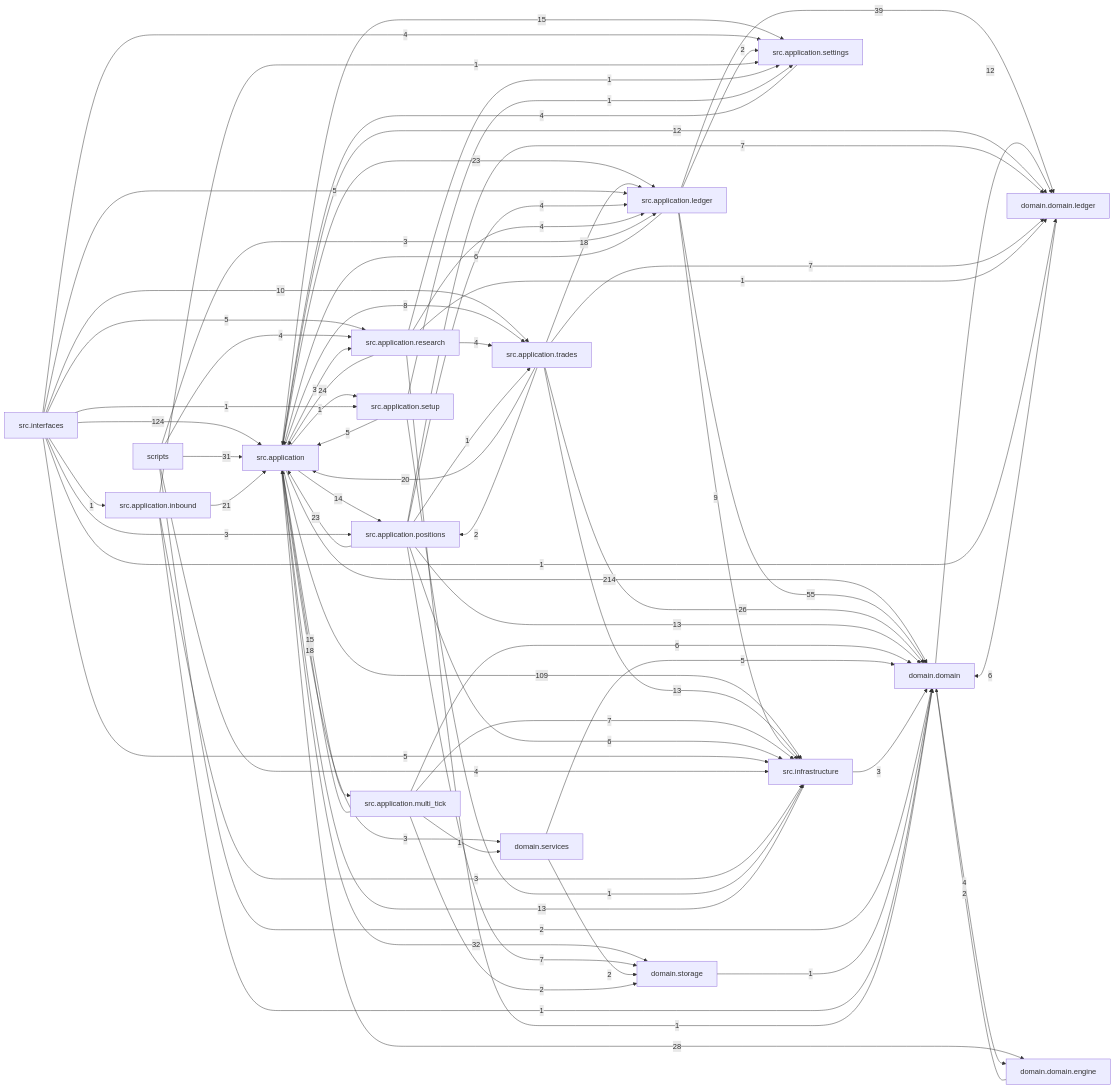
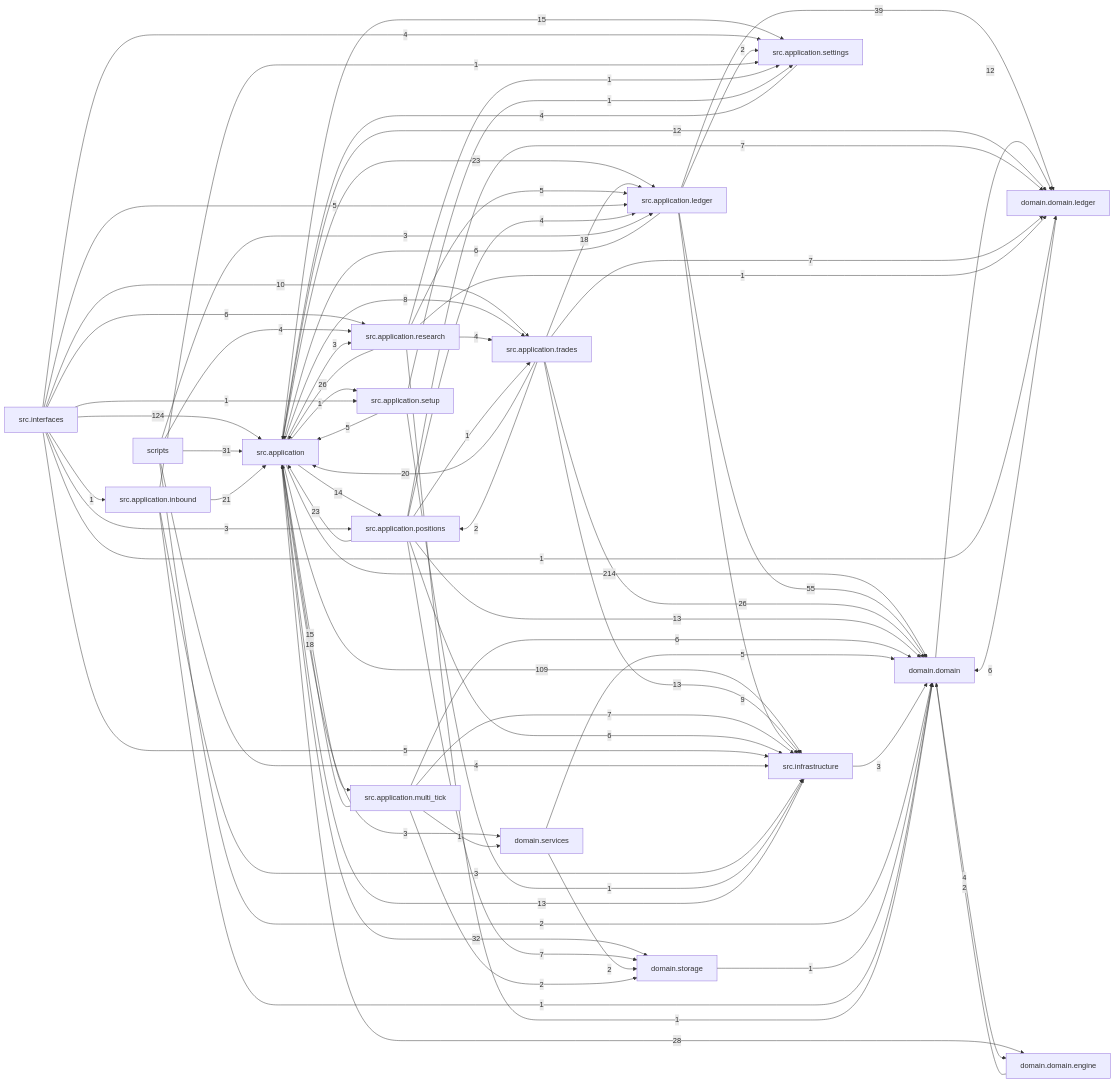
The diagram in docs/dependency_graph.mmd (liuxie066/options-monitor), drawn with Mermaid before and after one commit. The commit also changed 6 other files, not shown here.

```diff
--- a/docs/dependency_graph.mmd
+++ b/docs/dependency_graph.mmd
@@ -1,75 +1,75 @@
 flowchart LR
   src_application["src.application"] -->|214| domain_domain["domain.domain"]
   src_interfaces["src.interfaces"] -->|124| src_application["src.application"]
   src_application["src.application"] -->|109| src_infrastructure["src.infrastructure"]
   src_application_ledger["src.application.ledger"] -->|55| domain_domain["domain.domain"]
   src_application_ledger["src.application.ledger"] -->|39| domain_domain_ledger["domain.domain.ledger"]
   src_application["src.application"] -->|32| domain_storage["domain.storage"]
   scripts["scripts"] -->|31| src_application["src.application"]
   src_application["src.application"] -->|28| domain_domain_engine["domain.domain.engine"]
+  src_application_research["src.application.research"] -->|26| src_application["src.application"]
   src_application_trades["src.application.trades"] -->|26| domain_domain["domain.domain"]
-  src_application_research["src.application.research"] -->|24| src_application["src.application"]
   src_application["src.application"] -->|23| src_application_ledger["src.application.ledger"]
   src_application_positions["src.application.positions"] -->|23| src_application["src.application"]
   src_application_inbound["src.application.inbound"] -->|21| src_application["src.application"]
   src_application_trades["src.application.trades"] -->|20| src_application["src.application"]
   src_application_multi_tick["src.application.multi_tick"] -->|18| src_application["src.application"]
   src_application_trades["src.application.trades"] -->|18| src_application_ledger["src.application.ledger"]
   src_application["src.application"] -->|15| src_application_multi_tick["src.application.multi_tick"]
   src_application["src.application"] -->|15| src_application_settings["src.application.settings"]
   src_application["src.application"] -->|14| src_application_positions["src.application.positions"]
   src_application_positions["src.application.positions"] -->|13| domain_domain["domain.domain"]
   src_application_trades["src.application.trades"] -->|13| src_infrastructure["src.infrastructure"]
   src_infrastructure["src.infrastructure"] -->|13| src_application["src.application"]
   domain_domain["domain.domain"] -->|12| domain_domain_ledger["domain.domain.ledger"]
   src_application["src.application"] -->|12| domain_domain_ledger["domain.domain.ledger"]
   src_interfaces["src.interfaces"] -->|10| src_application_trades["src.application.trades"]
   src_application_ledger["src.application.ledger"] -->|9| src_infrastructure["src.infrastructure"]
   src_application["src.application"] -->|8| src_application_trades["src.application.trades"]
   src_application_multi_tick["src.application.multi_tick"] -->|7| src_infrastructure["src.infrastructure"]
   src_application_positions["src.application.positions"] -->|7| domain_domain_ledger["domain.domain.ledger"]
   src_application_positions["src.application.positions"] -->|7| domain_storage["domain.storage"]
   src_application_trades["src.application.trades"] -->|7| domain_domain_ledger["domain.domain.ledger"]
   domain_domain_ledger["domain.domain.ledger"] -->|6| domain_domain["domain.domain"]
   src_application_ledger["src.application.ledger"] -->|6| src_application["src.application"]
   src_application_multi_tick["src.application.multi_tick"] -->|6| domain_domain["domain.domain"]
   src_application_positions["src.application.positions"] -->|6| src_infrastructure["src.infrastructure"]
+  src_interfaces["src.interfaces"] -->|6| src_application_research["src.application.research"]
   domain_services["domain.services"] -->|5| domain_domain["domain.domain"]
+  src_application_research["src.application.research"] -->|5| src_application_ledger["src.application.ledger"]
   src_application_setup["src.application.setup"] -->|5| src_application["src.application"]
   src_interfaces["src.interfaces"] -->|5| src_application_ledger["src.application.ledger"]
-  src_interfaces["src.interfaces"] -->|5| src_application_research["src.application.research"]
   src_interfaces["src.interfaces"] -->|5| src_infrastructure["src.infrastructure"]
   domain_domain["domain.domain"] -->|4| domain_domain_engine["domain.domain.engine"]
   scripts["scripts"] -->|4| src_application_research["src.application.research"]
   scripts["scripts"] -->|4| src_infrastructure["src.infrastructure"]
   src_application_positions["src.application.positions"] -->|4| src_application_ledger["src.application.ledger"]
-  src_application_research["src.application.research"] -->|4| src_application_ledger["src.application.ledger"]
   src_application_research["src.application.research"] -->|4| src_application_trades["src.application.trades"]
   src_application_settings["src.application.settings"] -->|4| src_application["src.application"]
   src_interfaces["src.interfaces"] -->|4| src_application_settings["src.application.settings"]
   scripts["scripts"] -->|3| src_application_ledger["src.application.ledger"]
   src_application["src.application"] -->|3| domain_services["domain.services"]
   src_application["src.application"] -->|3| src_application_research["src.application.research"]
   src_application_inbound["src.application.inbound"] -->|3| src_infrastructure["src.infrastructure"]
   src_infrastructure["src.infrastructure"] -->|3| domain_domain["domain.domain"]
   src_interfaces["src.interfaces"] -->|3| src_application_positions["src.application.positions"]
   domain_domain_engine["domain.domain.engine"] -->|2| domain_domain["domain.domain"]
   domain_services["domain.services"] -->|2| domain_storage["domain.storage"]
   scripts["scripts"] -->|2| domain_domain["domain.domain"]
   src_application_ledger["src.application.ledger"] -->|2| src_application_settings["src.application.settings"]
   src_application_multi_tick["src.application.multi_tick"] -->|2| domain_storage["domain.storage"]
   src_application_trades["src.application.trades"] -->|2| src_application_positions["src.application.positions"]
   domain_storage["domain.storage"] -->|1| domain_domain["domain.domain"]
   src_application["src.application"] -->|1| src_application_setup["src.application.setup"]
   src_application_inbound["src.application.inbound"] -->|1| domain_domain["domain.domain"]
   src_application_inbound["src.application.inbound"] -->|1| src_application_settings["src.application.settings"]
   src_application_multi_tick["src.application.multi_tick"] -->|1| domain_services["domain.services"]
   src_application_positions["src.application.positions"] -->|1| src_application_trades["src.application.trades"]
   src_application_research["src.application.research"] -->|1| domain_domain["domain.domain"]
   src_application_research["src.application.research"] -->|1| domain_domain_ledger["domain.domain.ledger"]
   src_application_research["src.application.research"] -->|1| src_application_settings["src.application.settings"]
   src_application_setup["src.application.setup"] -->|1| src_application_settings["src.application.settings"]
   src_application_setup["src.application.setup"] -->|1| src_infrastructure["src.infrastructure"]
   src_interfaces["src.interfaces"] -->|1| domain_domain_ledger["domain.domain.ledger"]
   src_interfaces["src.interfaces"] -->|1| src_application_inbound["src.application.inbound"]
   src_interfaces["src.interfaces"] -->|1| src_application_setup["src.application.setup"]
```
